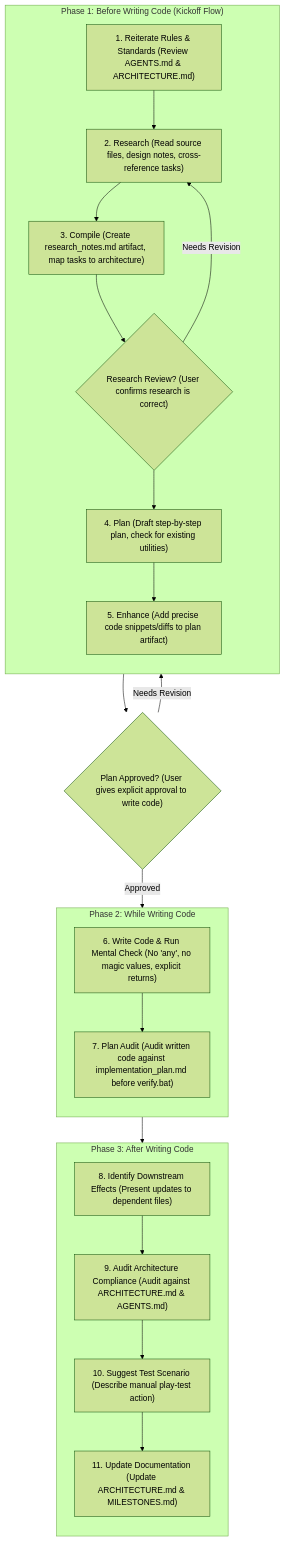
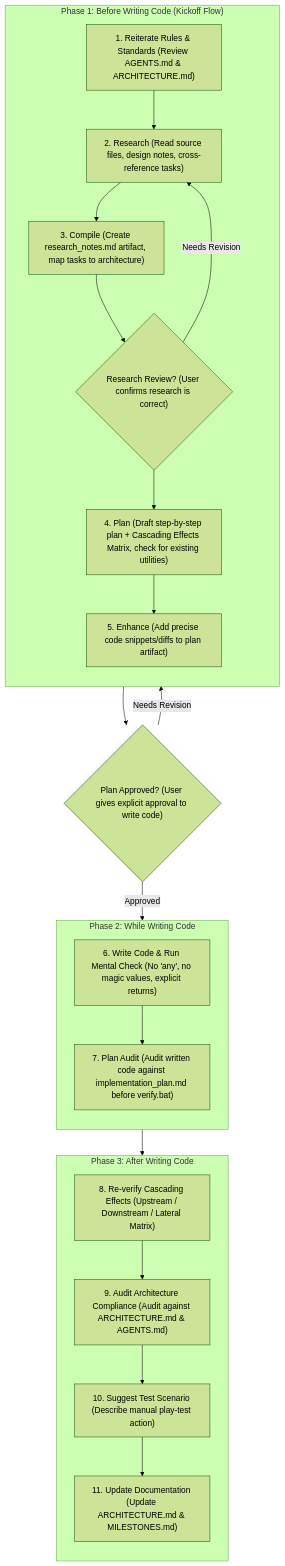
The diagram in AGENTS.md (ThiagoRibas-dev/rogue_like), drawn with Mermaid (forest theme) before and after one commit. The commit also changed other lines of this file and 82 other files, not shown here.

````diff
--- a/AGENTS.md
+++ b/AGENTS.md
@@ -33,45 +38,45 @@
 ```mermaid
 flowchart TD
     subgraph Before ["Phase 1: Before Writing Code (Kickoff Flow)"]
         direction TB
         S1["1. Reiterate Rules & Standards (Review AGENTS.md & ARCHITECTURE.md)"]
         S2["2. Research (Read source files, design notes, cross-reference tasks)"]
         S3["3. Compile (Create research_notes.md artifact, map tasks to architecture)"]
-        S4["4. Plan (Draft step-by-step plan, check for existing utilities)"]
+        S4["4. Plan (Draft step-by-step plan + Cascading Effects Matrix, check for existing utilities)"]
         S5["5. Enhance (Add precise code snippets/diffs to plan artifact)"]
         
         S1 --> S2
         S2 --> S3
         S3 --> ResearchGate
         ResearchGate --> S4
         S4 --> S5
     end
 
     ResearchGate{"Research Review? (User confirms research is correct)"}
     Gate{"Plan Approved? (User gives explicit approval to write code)"}
     
     subgraph While ["Phase 2: While Writing Code"]
         direction TB
         S6["6. Write Code & Run Mental Check (No 'any', no magic values, explicit returns)"]
         S6_5["7. Plan Audit (Audit written code against implementation_plan.md before verify.bat)"]
         S6 --> S6_5
     end
 
     subgraph After ["Phase 3: After Writing Code"]
         direction TB
-        S7["8. Identify Downstream Effects (Present updates to dependent files)"]
+        S7["8. Re-verify Cascading Effects (Upstream / Downstream / Lateral Matrix)"]
         S8["9. Audit Architecture Compliance (Audit against ARCHITECTURE.md & AGENTS.md)"]
         S9["10. Suggest Test Scenario (Describe manual play-test action)"]
         S10["11. Update Documentation (Update ARCHITECTURE.md & MILESTONES.md)"]
         
         S7 --> S8
         S8 --> S9
         S9 --> S10
     end
 
     S5 --> Gate
     Gate -- Approved --> S6
     Gate -- Needs Revision --> S4
     ResearchGate -- Needs Revision --> S2
     S6_5 --> S7
 ```
````
